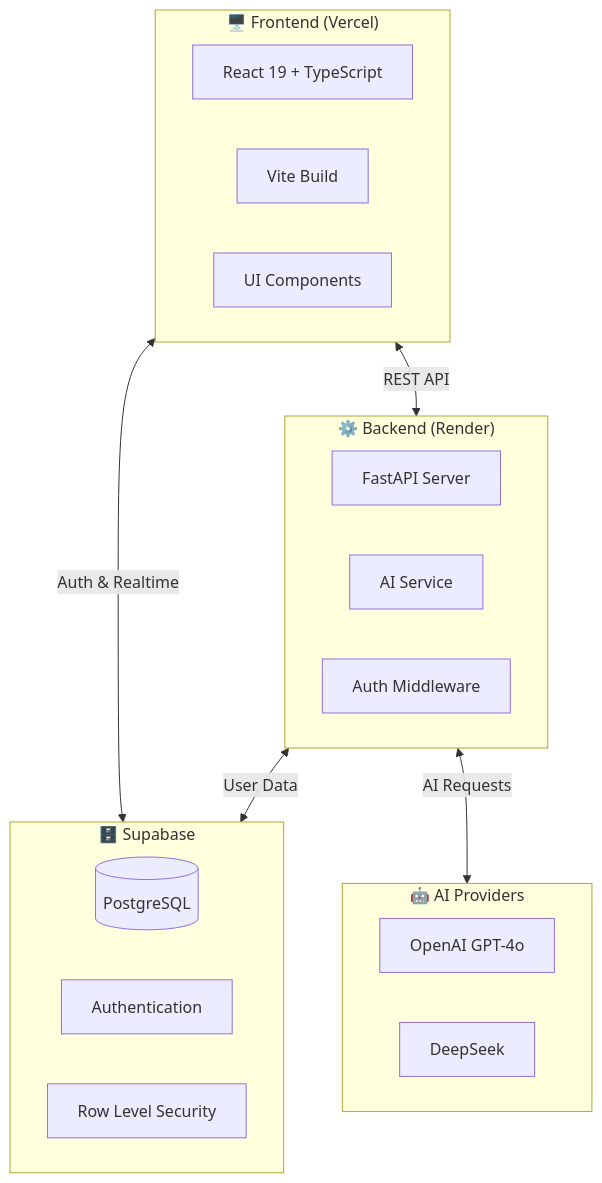
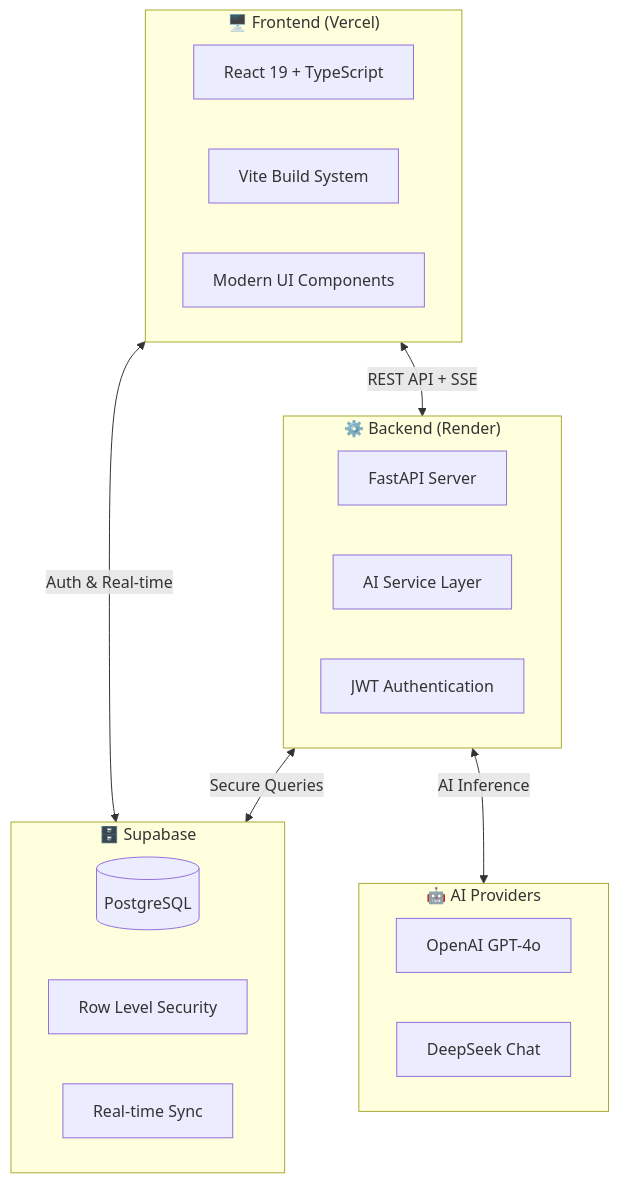
Before and after one commit to hashmessi/fitbridge: the second of 3 diagrams in README.md, drawn with Mermaid. The commit also changed other lines of this file and 6 other files, not shown here.

````diff
--- a/README.md
+++ b/README.md
@@ -52,30 +123,30 @@
 ```mermaid
 flowchart TB
     subgraph Client["🖥️ Frontend (Vercel)"]
         React["React 19 + TypeScript"]
-        Vite["Vite Build"]
-        UI["UI Components"]
+        Vite["Vite Build System"]
+        UI["Modern UI Components"]
     end
     
     subgraph Backend["⚙️ Backend (Render)"]
         FastAPI["FastAPI Server"]
-        AIService["AI Service"]
-        AuthMiddleware["Auth Middleware"]
+        AIService["AI Service Layer"]
+        Auth["JWT Authentication"]
     end
     
-    subgraph Supabase["🗄️ Supabase"]
+    subgraph Database["🗄️ Supabase"]
         PostgreSQL[("PostgreSQL")]
-        Auth["Authentication"]
         RLS["Row Level Security"]
+        Realtime["Real-time Sync"]
     end
     
     subgraph AI["🤖 AI Providers"]
         OpenAI["OpenAI GPT-4o"]
-        DeepSeek["DeepSeek"]
+        DeepSeek["DeepSeek Chat"]
     end
     
-    Client <-->|"REST API"| Backend
-    Client <-->|"Auth & Realtime"| Supabase
-    Backend <-->|"User Data"| Supabase
-    Backend <-->|"AI Requests"| AI
+    Client <-->|"REST API + SSE"| Backend
+    Client <-->|"Auth & Real-time"| Database
+    Backend <-->|"Secure Queries"| Database
+    Backend <-->|"AI Inference"| AI
 ```
````
